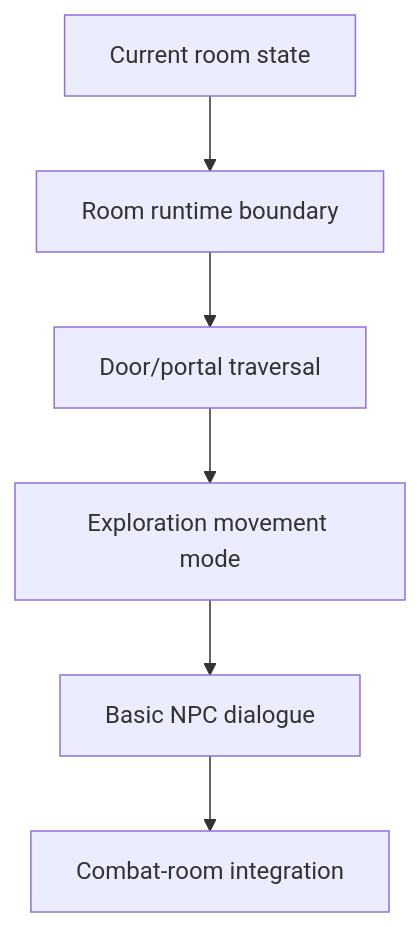
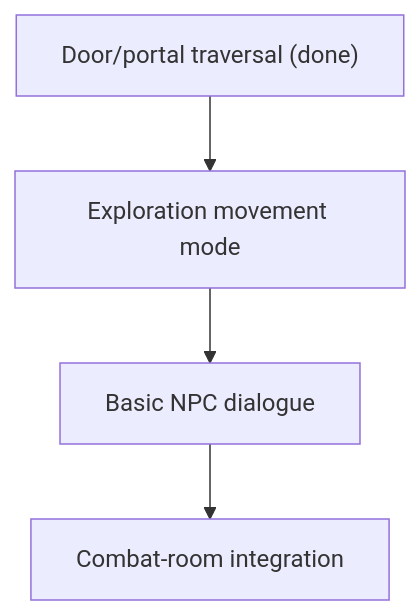
Before and after one commit to GoldenWind8/roguelike-mvp: the diagram in docs/ROADMAP.md, drawn with Mermaid. The commit also changed other lines of this file and 20 other files, not shown here.

````diff
--- a/docs/ROADMAP.md
+++ b/docs/ROADMAP.md
@@ -43,8 +60,6 @@
 ```mermaid
 flowchart TD
-    A["Current room state"] --> B["Room runtime boundary"]
-    B --> C["Door/portal traversal"]
-    C --> D["Exploration movement mode"]
+    C["Door/portal traversal (done)"] --> D["Exploration movement mode"]
     D --> E["Basic NPC dialogue"]
     E --> F["Combat-room integration"]
 ```
````
